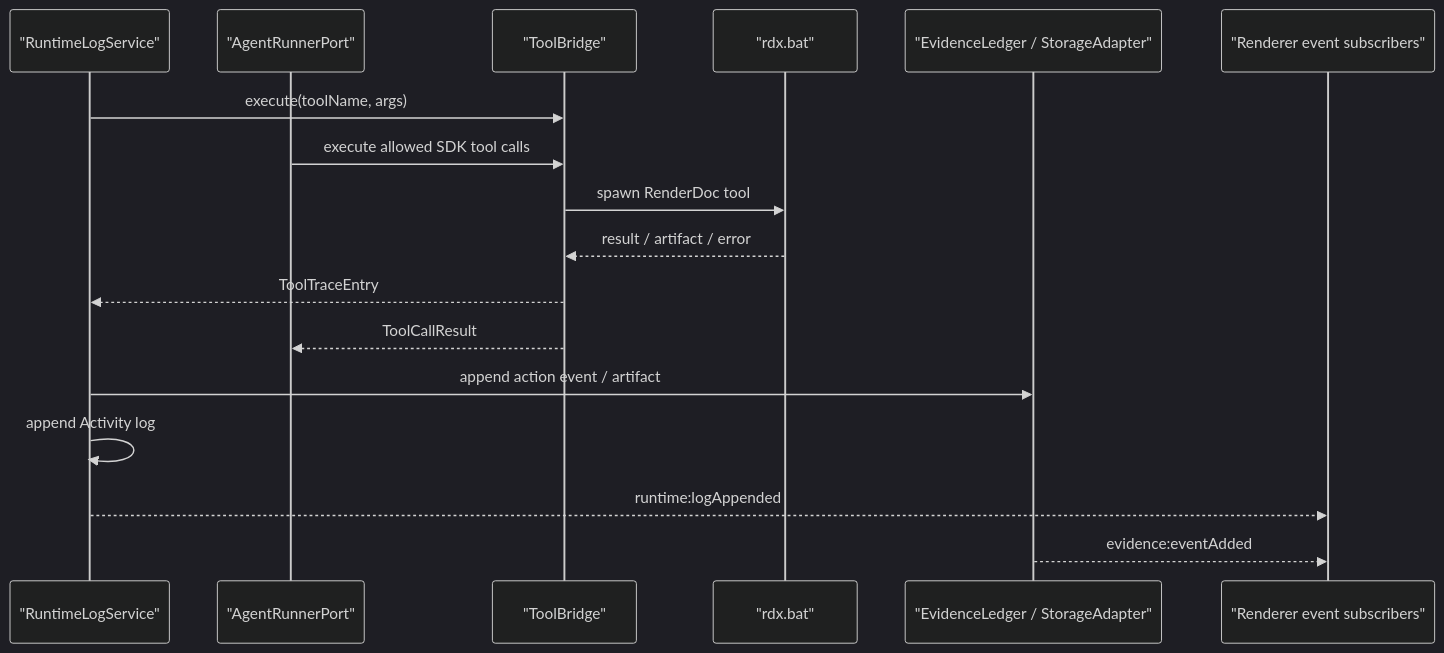
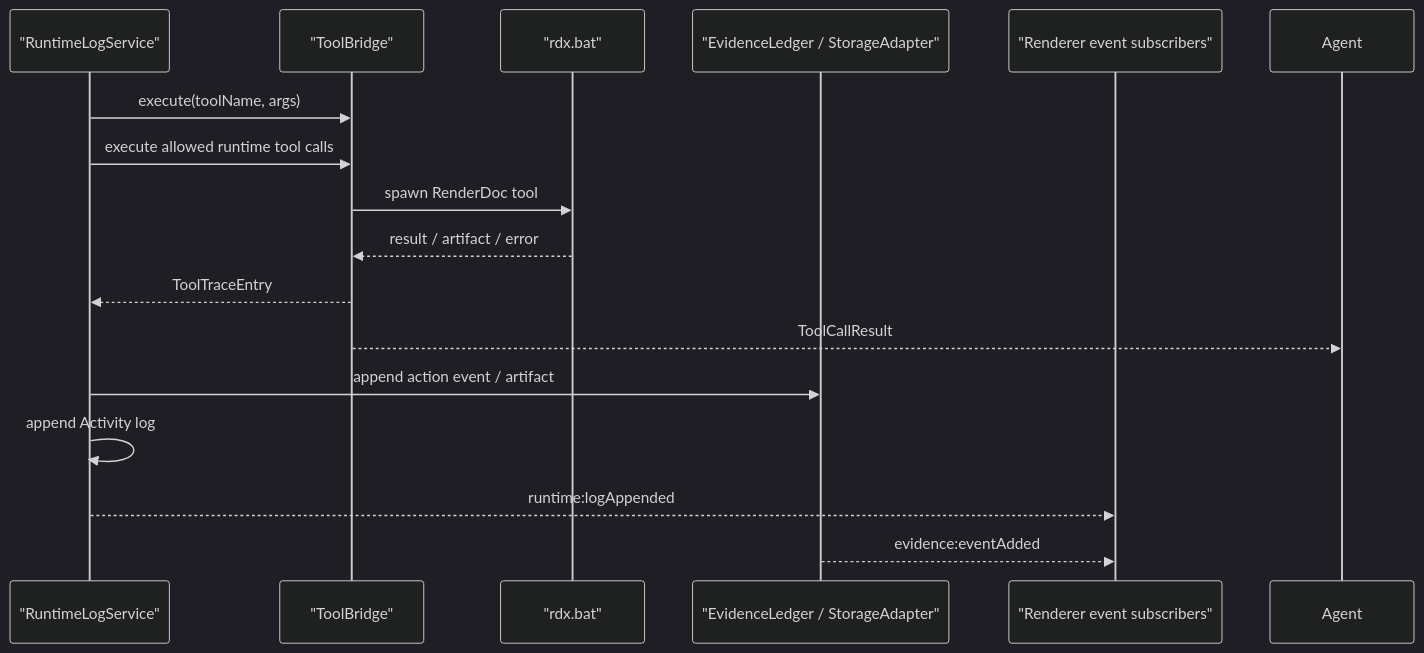
The seventh of 7 diagrams in docs/architecture/data-flow.md (haolange/RDC-Agent), drawn with Mermaid (dark theme) before and after one commit. The commit also changed other lines of this file and 30 other files, not shown here.

First line of the commit message:
Replace AgentRunner SDK with AgentRuntime/ToolRegistry

````diff
--- a/docs/architecture/data-flow.md
+++ b/docs/architecture/data-flow.md
@@ -198,21 +198,21 @@
 ```mermaid
 sequenceDiagram
   participant Runtime as "DebuggerRuntime"
-  participant Agent as "AgentRunnerPort"
+  participant Runtime as "AgentRuntime"
   participant Tool as "ToolBridge"
   participant RDX as "rdx.bat"
   participant Evidence as "EvidenceLedger / StorageAdapter"
   participant Runtime as "RuntimeLogService"
   participant Renderer as "Renderer event subscribers"
 
   Runtime->>Tool: execute(toolName, args)
-  Agent->>Tool: execute allowed SDK tool calls
+  Runtime->>Tool: execute allowed runtime tool calls
   Tool->>RDX: spawn RenderDoc tool
   RDX-->>Tool: result / artifact / error
   Tool-->>Runtime: ToolTraceEntry
   Tool-->>Agent: ToolCallResult
   Runtime->>Evidence: append action event / artifact
   Runtime->>Runtime: append Activity log
   Runtime-->>Renderer: runtime:logAppended
   Evidence-->>Renderer: evidence:eventAdded
 ```
````
